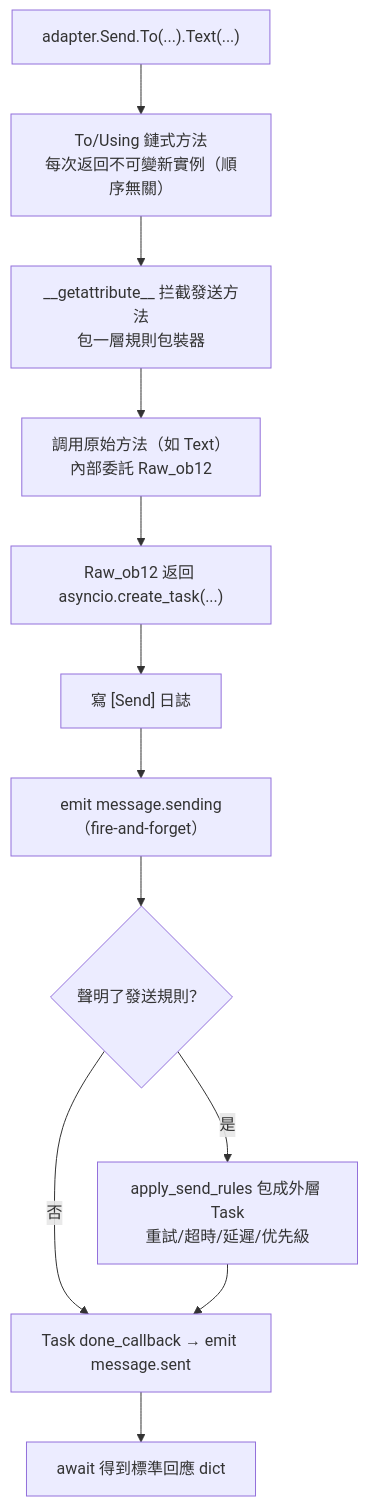
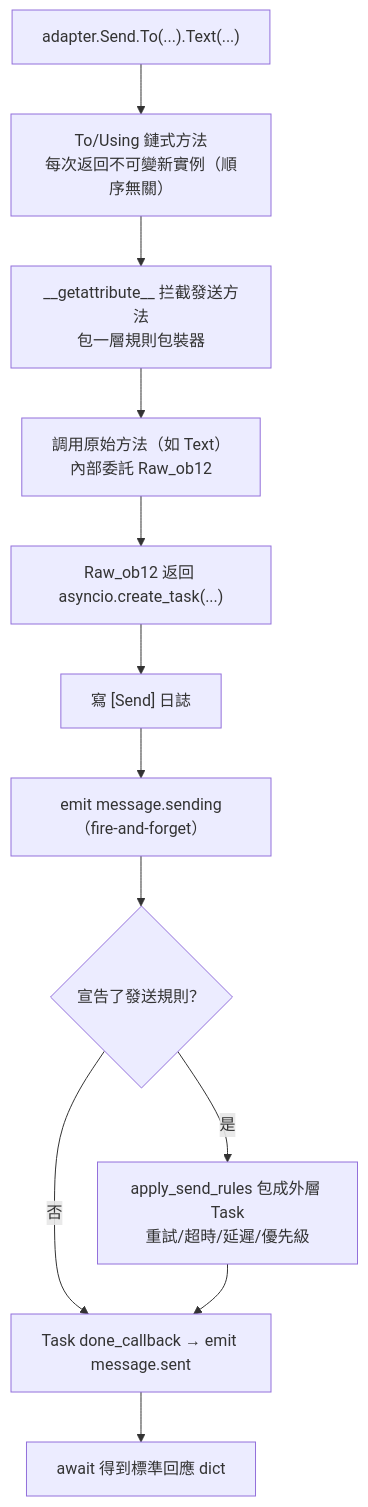
The second of 2 diagrams in docs/zh-TW/developer-guide/adapters/send-dsl.md (ErisPulse/ErisPulse), drawn with Mermaid before and after one commit. The commit also changed other lines of this file and 115 other files, not shown here.

````diff
--- a/docs/zh-TW/developer-guide/adapters/send-dsl.md
+++ b/docs/zh-TW/developer-guide/adapters/send-dsl.md
@@ -578,14 +581,14 @@
 ```mermaid
 flowchart TD
     A["adapter.Send.To(...).Text(...)"] --> B["To/Using 鏈式方法<br/>每次返回不可變新實例（順序無關）"]
     B --> C["__getattribute__ 拦截發送方法<br/>包一層規則包裝器"]
     C --> D["調用原始方法（如 Text）<br/>內部委託 Raw_ob12"]
     D --> E["Raw_ob12 返回 asyncio.create_task(...)"]
     E --> F["寫 [Send] 日誌"]
     F --> G["emit message.sending（fire-and-forget）"]
-    G --> H{"聲明了發送規則？"}
+    G --> H{"宣告了發送規則？"}
     H -->|"否"| I["Task done_callback → emit message.sent"]
-    H -->|"是"| J["apply_send_rules 包成外層 Task<br/>重試/超時/延遲/优先級"]
+    H -->|"是"| J["apply_send_rules 包成外層 Task<br/>重試/超時/延遲/優先級"]
     J --> I
     I --> K["await 得到標準回應 dict"]
 ```
````
